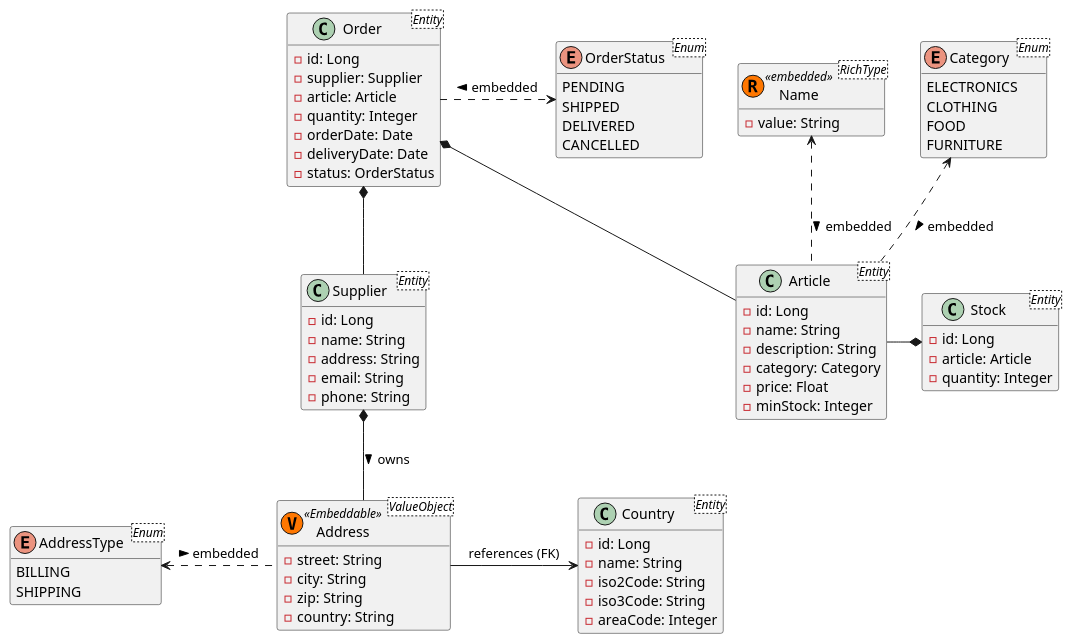
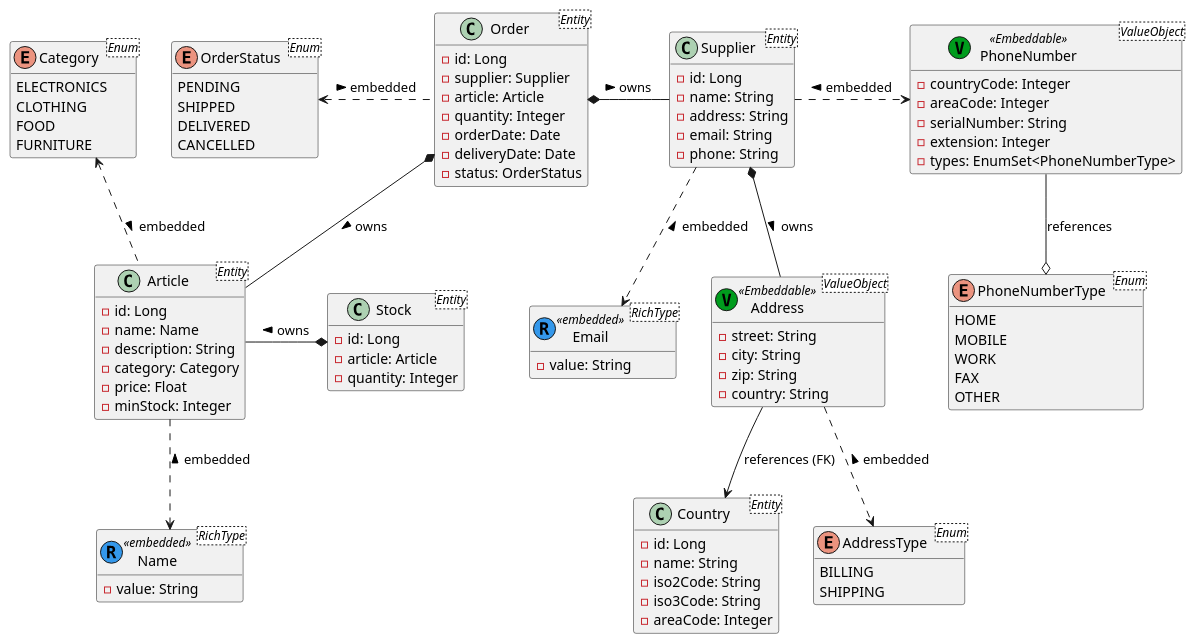
One commit to vincentkalwoda/InventoryHub changed the diagram in InventoryHub/src/main/puml/domain-model.puml. Above: the diagram before and after it, drawn with PlantUML. The commit also changed 4 other files, not shown here.

```diff
--- a/InventoryHub/src/main/puml/domain-model.puml
+++ b/InventoryHub/src/main/puml/domain-model.puml
@@ -1,89 +1,112 @@
 @startuml
 'https://plantuml.com/class-diagram
 
 'Ein System zur Verwaltung des Inventars eines Unternehmens oder Lagers. Das System verfolgt Artikel, Bestände, Lieferanten und Bestellungen und kann helfen, das Inventar in Echtzeit zu überwachen und Bestände effizient aufzufüllen
 
 hide methods
 
 class Article <Entity> {
     - id: Long
-    - name: String
+    - name: Name
     - description: String
     - category: Category
     - price: Float
     - minStock: Integer
 }
 
 class Stock <Entity> {
     - id: Long
     - article: Article
     - quantity: Integer
 }
 
 class Supplier <Entity> {
     - id: Long
     - name: String
     - address: String
     - email: String
     - phone: String
 }
 
-class Address <ValueObject> <<(V, #FF7700) Embeddable >> {
+class Email <RichType> <<(R, #3498eb) embedded >> {
+    - value: String
+}
+
+class PhoneNumber <ValueObject> <<(V, #009c1d) Embeddable >> {
+    - countryCode: Integer
+    - areaCode: Integer
+    - serialNumber: String
+    - extension: Integer
+    - types: EnumSet<PhoneNumberType>
+}
+
+enum PhoneNumberType <Enum> {
+    HOME
+    MOBILE
+    WORK
+    FAX
+    OTHER
+}
+
+class Address <ValueObject> <<(V, #009c1d) Embeddable >> {
     - street: String
     - city: String
     - zip: String
     - country: String
 }
 
 enum AddressType <Enum> {
     BILLING
     SHIPPING
 }
 
 class Country <Entity> {
     - id: Long
     - name: String
     - iso2Code: String
     - iso3Code: String
     - areaCode: Integer
 }
 
 class Order <Entity> {
     - id: Long
     - supplier: Supplier
     - article: Article
     - quantity: Integer
     - orderDate: Date
     - deliveryDate: Date
     - status: OrderStatus
 }
 
 enum OrderStatus <Enum> {
     PENDING
     SHIPPED
     DELIVERED
     CANCELLED
 }
 
-class Name <RichType> <<(R, #FF7700) embedded >> {
+class Name <RichType> <<(R, #3498eb) embedded >> {
     - value: String
 }
 
 enum Category <Enum> {
     ELECTRONICS
     CLOTHING
     FOOD
     FURNITURE
 }
 
 Article .up.> Category : < embedded
-Article .up.> Name : < embedded
-Stock *-left- Article
-Order *-- Supplier
-Order *-- Article
-Order .right.> OrderStatus : < embedded
+Article .down.> Name : < embedded
+Stock *-left- Article : > owns
+Order *-right- Supplier : > owns
+Order *-- Article : > owns
+Order .left.> OrderStatus : < embedded
+Supplier .down.> Email : < embedded
+Supplier .right.> PhoneNumber : < embedded
+PhoneNumber -down-o PhoneNumberType : references
 Supplier *-down- Address : > owns
-Address -right-> Country : references (FK)
-Address .left.> AddressType : < embedded
+Address -down-> Country : references (FK)
+Address .down.> AddressType : < embedded
 
 @enduml
```
